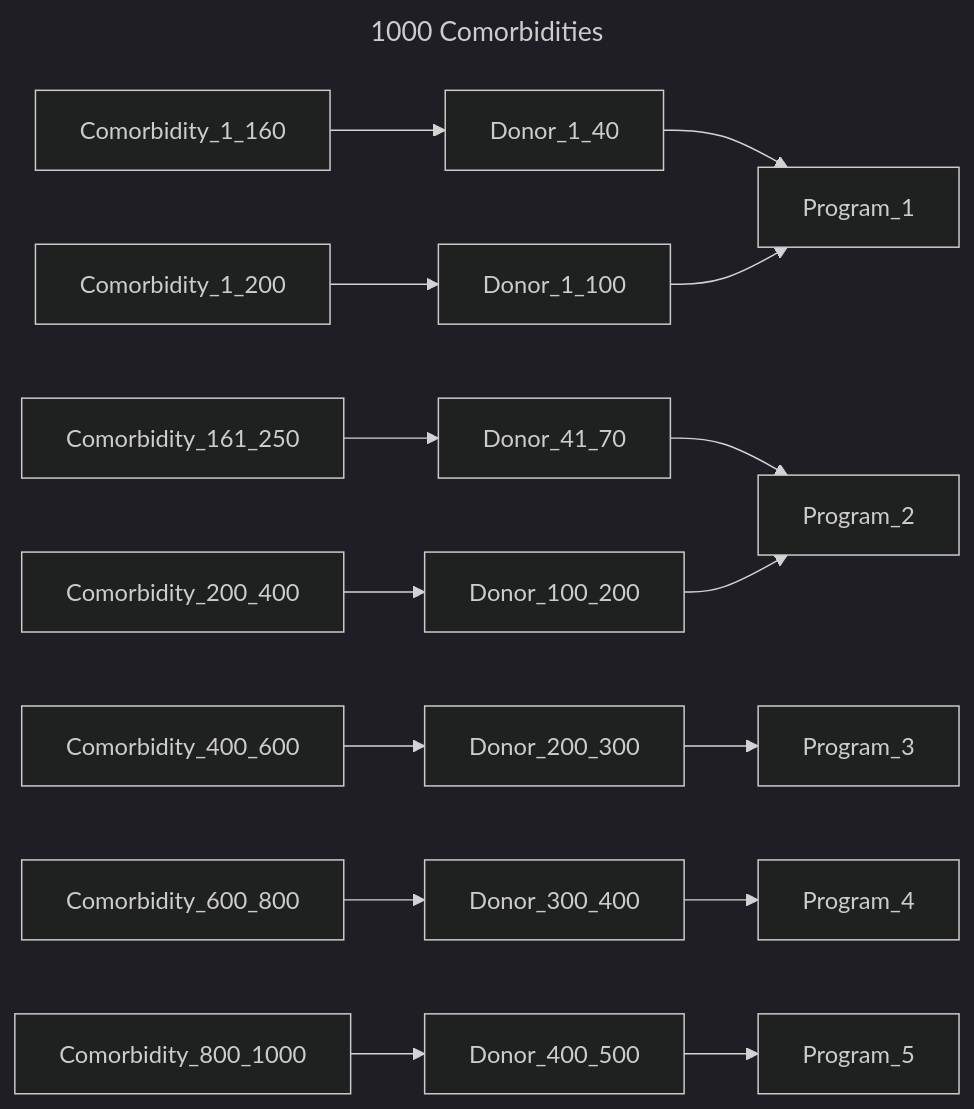
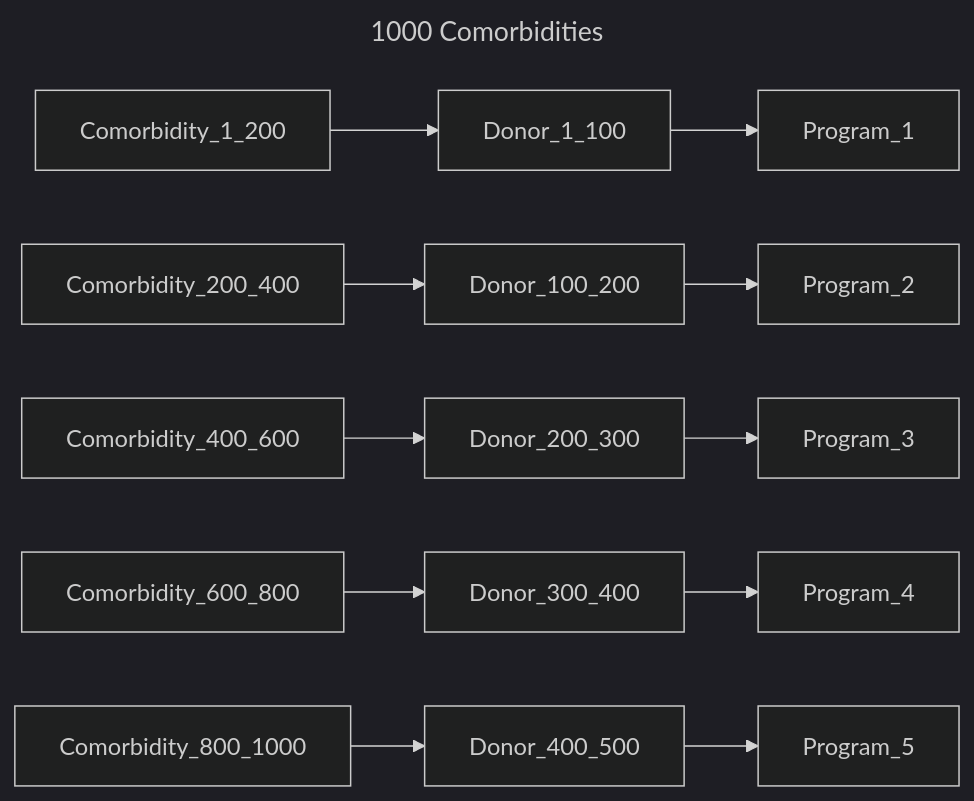
One commit to bento-platform/katsu changed diagram 13 of 13 in chord_metadata_service/mohpackets/data/large_dataset/README.md. Above: the diagram before and after it, drawn with Mermaid (dark theme).

````diff
--- a/chord_metadata_service/mohpackets/data/large_dataset/README.md
+++ b/chord_metadata_service/mohpackets/data/large_dataset/README.md
@@ -195,14 +195,11 @@
 ```mermaid
 ---
 title: 1000 Comorbidities
 ---
 graph LR;  
-  Comorbidity_1_160 --> Donor_1_40 --> Program_1;
-  Comorbidity_161_250 --> Donor_41_70 --> Program_2;
-
   Comorbidity_1_200 --> Donor_1_100 --> Program_1;
   Comorbidity_200_400 --> Donor_100_200 --> Program_2;  
   Comorbidity_400_600 --> Donor_200_300 --> Program_3;  
   Comorbidity_600_800 --> Donor_300_400 --> Program_4;  
   Comorbidity_800_1000 --> Donor_400_500 --> Program_5;  
 ```
````
